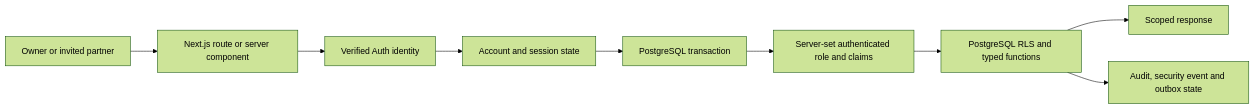
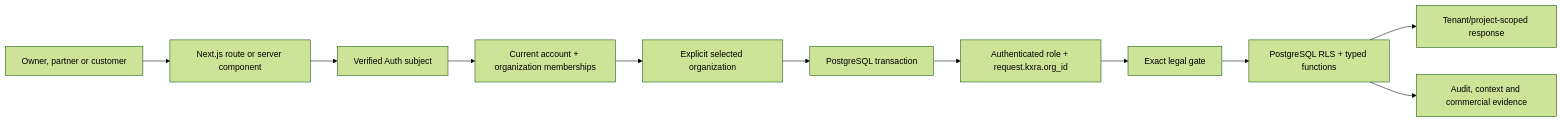
Before and after one commit to Kara221219/kxra-os: the first of 5 diagrams in docs/architecture/system.md, drawn with Mermaid (forest theme). The commit also changed other lines of this file and 45 other files, not shown here.

Commit message:
feat: add multi-tenant legal and commercial foundation

````diff
--- a/docs/architecture/system.md
+++ b/docs/architecture/system.md
@@ -7,11 +7,13 @@
 ```mermaid
 flowchart LR
-  Browser[Owner or invited partner] --> Next[Next.js route or server component]
-  Next --> Identity[Verified Auth identity]
-  Identity --> Account[Account and session state]
-  Account --> Tx[PostgreSQL transaction]
-  Tx --> Claims[Server-set authenticated role and claims]
-  Claims --> RLS[PostgreSQL RLS and typed functions]
-  RLS --> Response[Scoped response]
-  RLS --> Audit[Audit, security event and outbox state]
+  Browser[Owner, partner or customer] --> Next[Next.js route or server component]
+  Next --> Identity[Verified Auth subject]
+  Identity --> Membership[Current account + organization memberships]
+  Membership --> Selector[Explicit selected organization]
+  Selector --> Tx[PostgreSQL transaction]
+  Tx --> Context[Authenticated role + request.kxra.org_id]
+  Context --> Legal[Exact legal gate]
+  Legal --> RLS[PostgreSQL RLS + typed functions]
+  RLS --> Response[Tenant/project-scoped response]
+  RLS --> Audit[Audit, context and commercial evidence]
 ```
````
